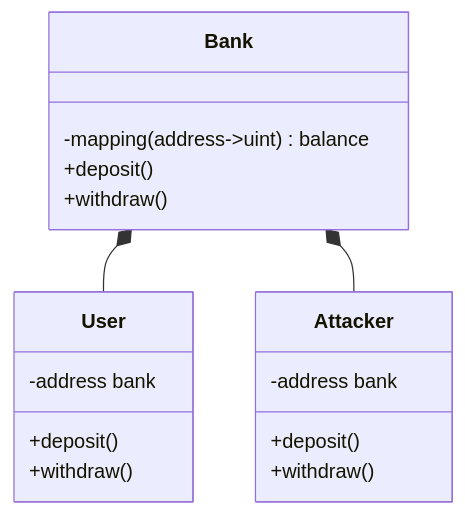
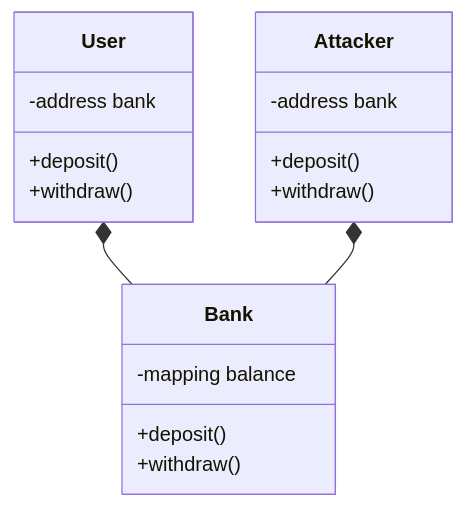
The first of 6 diagrams in README.md (GaryHo34/blockchain-project), drawn with Mermaid before and after one commit. The commit also changed other lines of this file, not shown here.

````diff
--- a/README.md
+++ b/README.md
@@ -5,20 +5,20 @@
 ```mermaid
 classDiagram
     class Bank {
-        -mapping(address->uint) balance
+        -mapping balance
         +deposit()
         +withdraw()
     }
     class User {
         -address bank
         +deposit()
         +withdraw()
     }
     class Attacker {
         -address bank
         +deposit()
         +withdraw()
     }
-    Bank *-- User
-    Bank *-- Attacker
+    User *-- Bank
+    Attacker *-- Bank
 ```
````
